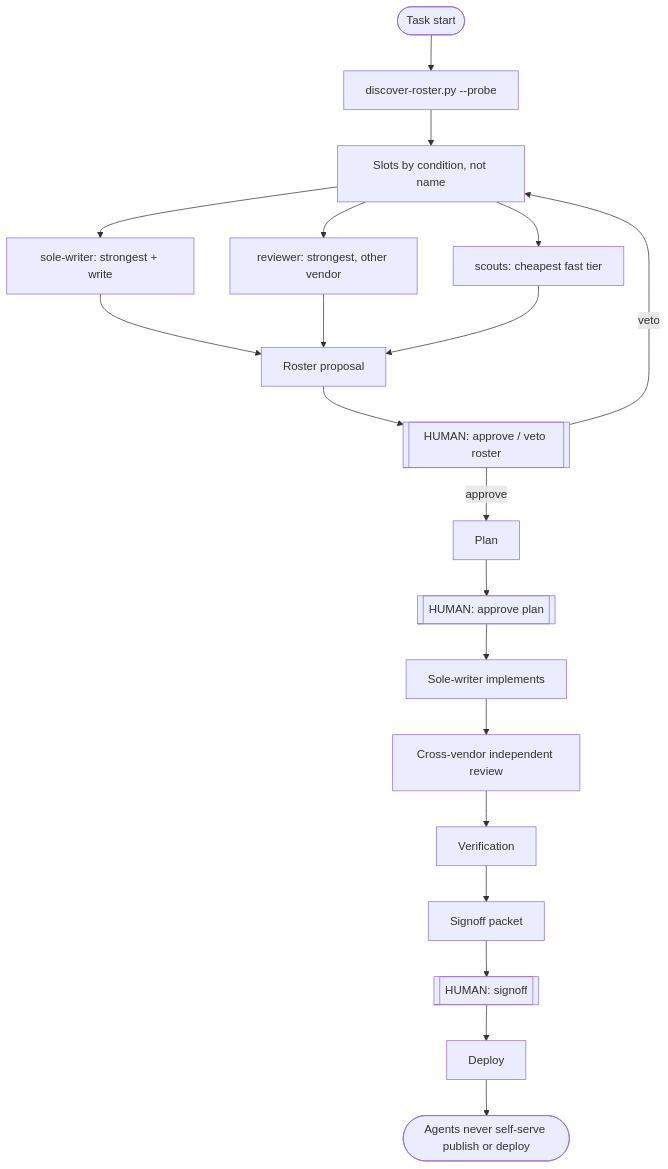
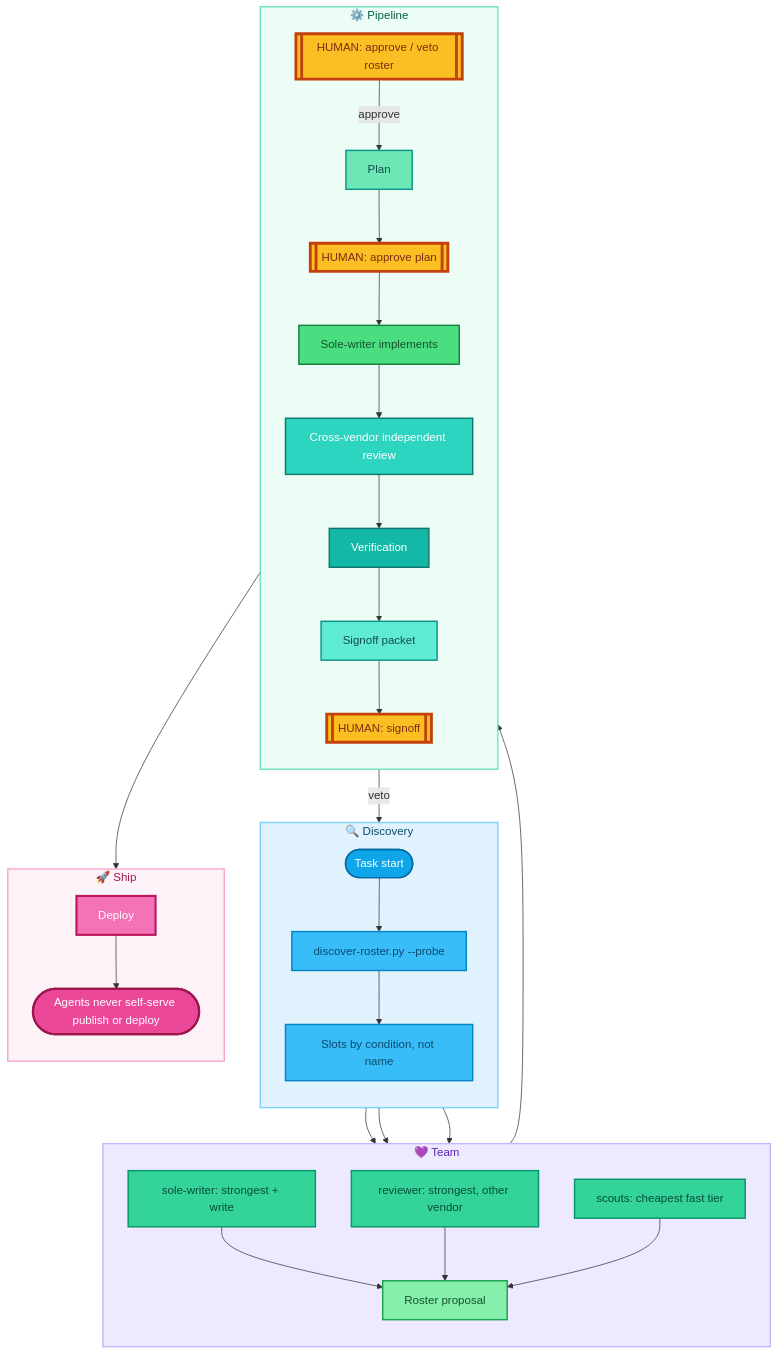
The diagram in README.md (ythx-101/agent-sop), drawn with Mermaid before and after one commit. The commit also changed 1 other file, not shown here.

Commit message:
docs: colorful workflow diagram (staged subgraphs, highlighted human gates)

````diff
--- a/README.md
+++ b/README.md
@@ -20,20 +20,66 @@
 ```mermaid
 flowchart TD
-  A([Task start]) --> B["discover-roster.py --probe"]
-  B --> C["Slots by condition, not name"]
-  C --> D["sole-writer: strongest + write"]
-  C --> E["reviewer: strongest, other vendor"]
-  C --> F["scouts: cheapest fast tier"]
-  D & E & F --> G[Roster proposal]
-  G --> H[["HUMAN: approve / veto roster"]]
-  H -->|veto| C
-  H -->|approve| I[Plan]
-  I --> J[["HUMAN: approve plan"]]
-  J --> K[Sole-writer implements]
-  K --> L[Cross-vendor independent review]
-  L --> M[Verification]
-  M --> N[Signoff packet]
-  N --> O[["HUMAN: signoff"]]
-  O --> P[Deploy]
-  P --> Q([Agents never self-serve publish or deploy])
+  subgraph DISC["🔍 Discovery"]
+    direction TB
+    A([Task start]) --> B[discover-roster.py --probe]
+    B --> C[Slots by condition, not name]
+  end
+
+  subgraph TEAM["💜 Team"]
+    direction TB
+    C --> D[sole-writer: strongest + write]
+    C --> E[reviewer: strongest, other vendor]
+    C --> F[scouts: cheapest fast tier]
+    D & E & F --> G[Roster proposal]
+  end
+
+  subgraph PIPE["⚙️ Pipeline"]
+    direction TB
+    G --> H[[HUMAN: approve / veto roster]]
+    H -->|veto| C
+    H -->|approve| I[Plan]
+    I --> J[[HUMAN: approve plan]]
+    J --> K[Sole-writer implements]
+    K --> L[Cross-vendor independent review]
+    L --> M[Verification]
+    M --> N[Signoff packet]
+    N --> O[[HUMAN: signoff]]
+  end
+
+  subgraph SHIP["🚀 Ship"]
+    direction TB
+    O --> P[Deploy]
+    P --> Q([Agents never self-serve publish or deploy])
+  end
+
+  classDef startEnd fill:#0EA5E9,stroke:#0369A1,stroke-width:2px,color:#fff,rx:12,ry:12
+  classDef discover fill:#38BDF8,stroke:#0284C7,stroke-width:2px,color:#0C4A6E
+  classDef agent fill:#34D399,stroke:#059669,stroke-width:2px,color:#064E3B
+  classDef proposal fill:#86EFAC,stroke:#16A34A,stroke-width:2px,color:#14532D
+  classDef plan fill:#6EE7B7,stroke:#0D9488,stroke-width:2px,color:#134E4A
+  classDef work fill:#4ADE80,stroke:#15803D,stroke-width:2px,color:#14532D
+  classDef review fill:#2DD4BF,stroke:#0F766E,stroke-width:2px,color:#fff
+  classDef verify fill:#14B8A6,stroke:#0F766E,stroke-width:2px,color:#fff
+  classDef packet fill:#5EEAD4,stroke:#0D9488,stroke-width:2px,color:#134E4A
+  classDef human fill:#FBBF24,stroke:#C2410C,stroke-width:4px,color:#7C2D12
+  classDef deploy fill:#F472B6,stroke:#BE185D,stroke-width:3px,color:#fff
+  classDef finale fill:#EC4899,stroke:#9D174D,stroke-width:3px,color:#fff
+
+  class A startEnd
+  class B,C discover
+  class D,E,F agent
+  class G proposal
+  class H,J,O human
+  class I plan
+  class K work
+  class L review
+  class M verify
+  class N packet
+  class P deploy
+  class Q finale
+
+  style DISC fill:#E0F2FE,stroke:#7DD3FC,stroke-width:2px,color:#0C4A6E
+  style TEAM fill:#EDE9FE,stroke:#C4B5FD,stroke-width:2px,color:#5B21B6
+  style PIPE fill:#ECFDF5,stroke:#6EE7B7,stroke-width:2px,color:#065F46
+  style SHIP fill:#FDF2F8,stroke:#F9A8D4,stroke-width:2px,color:#9D174D
 ```
````
